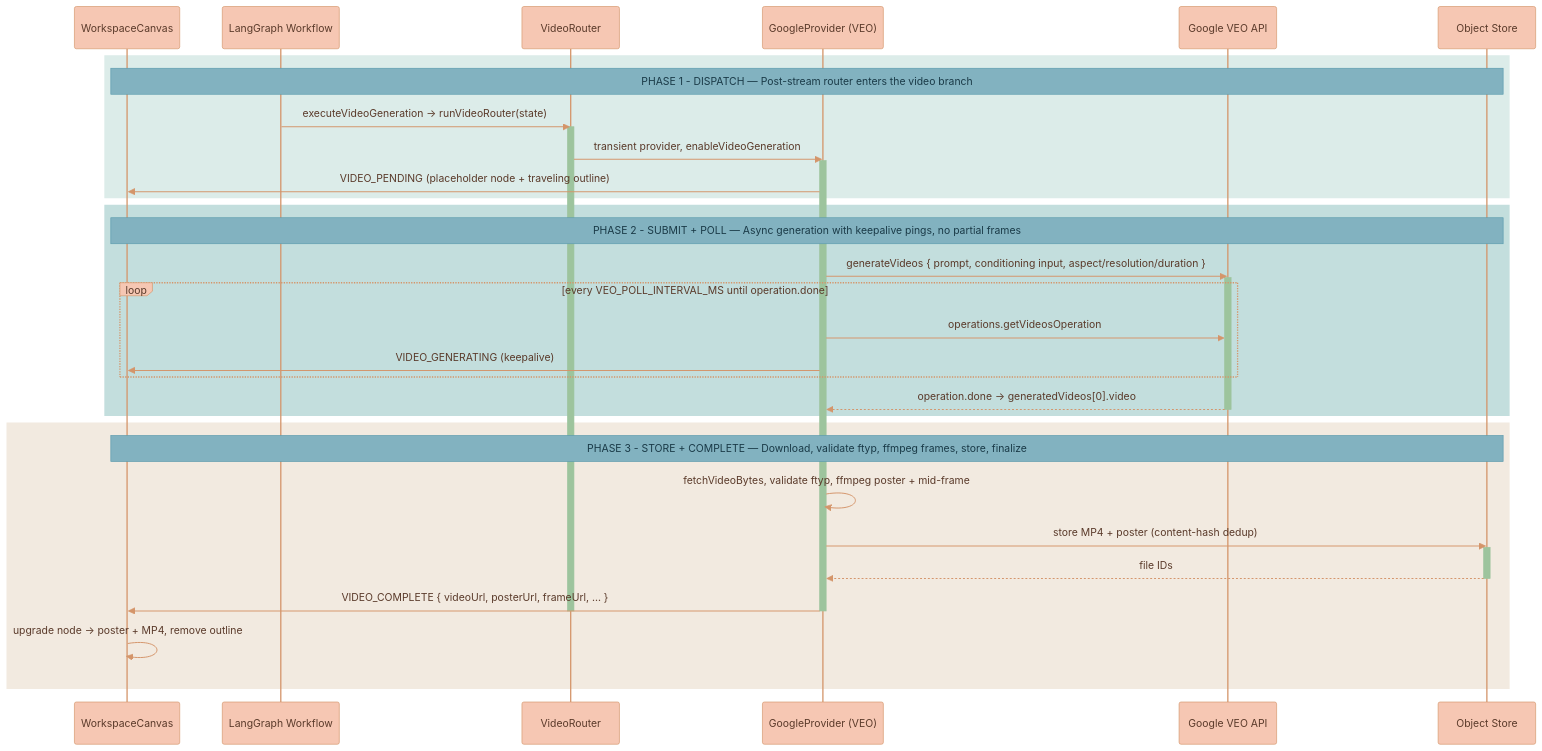
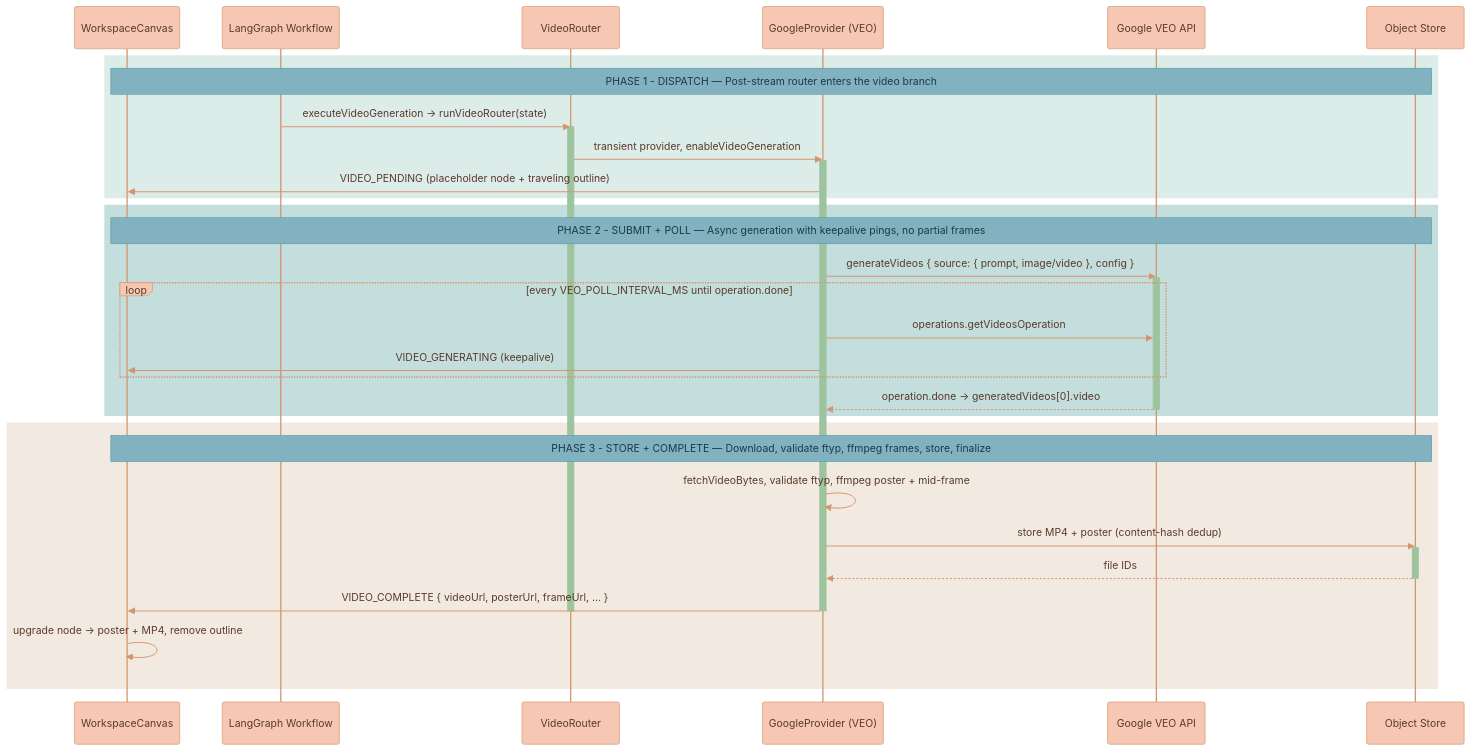
Before and after one commit to Lixpi/lixpi: the second of 2 diagrams in documentation/media-generation/VIDEO-GENERATION.md, drawn with Mermaid. The commit also changed other lines of this file and 138 other files, not shown here.

````diff
--- a/documentation/media-generation/VIDEO-GENERATION.md
+++ b/documentation/media-generation/VIDEO-GENERATION.md
@@ -43,53 +43,53 @@
 ```mermaid
 %%{init: {'theme': 'base', 'themeVariables': { 'noteBkgColor': '#82B2C0', 'noteTextColor': '#1a3a47', 'noteBorderColor': '#5a9aad', 'actorBkg': '#F6C7B3', 'actorBorder': '#d4956a', 'actorTextColor': '#5a3a2a', 'actorLineColor': '#d4956a', 'signalColor': '#d4956a', 'signalTextColor': '#5a3a2a', 'labelBoxBkgColor': '#F6C7B3', 'labelBoxBorderColor': '#d4956a', 'labelTextColor': '#5a3a2a', 'loopTextColor': '#5a3a2a', 'activationBorderColor': '#9DC49D', 'activationBkgColor': '#9DC49D', 'sequenceNumberColor': '#5a3a2a'}}}%%
 sequenceDiagram
     participant Canvas as WorkspaceCanvas
     participant Graph as LangGraph Workflow
     participant Router as VideoRouter
     participant VEO as GoogleProvider (VEO)
     participant VeoApi as Google VEO API
     participant Store as Object Store
 
     %% ═══════════════════════════════════════════════════════════════
     %% PHASE 1: DISPATCH
     %% ═══════════════════════════════════════════════════════════════
     rect rgb(220, 236, 233)
         Note over Canvas, Store: PHASE 1 - DISPATCH — Post-stream router enters the video branch
         Graph->>Router: executeVideoGeneration → runVideoRouter(state)
         activate Router
         Router->>VEO: transient provider, enableVideoGeneration
         activate VEO
         VEO->>Canvas: VIDEO_PENDING (placeholder node + traveling outline)
     end
 
     %% ═══════════════════════════════════════════════════════════════
     %% PHASE 2: SUBMIT + POLL
     %% ═══════════════════════════════════════════════════════════════
     rect rgb(195, 222, 221)
         Note over Canvas, Store: PHASE 2 - SUBMIT + POLL — Async generation with keepalive pings, no partial frames
-        VEO->>VeoApi: generateVideos { prompt, conditioning input, aspect/resolution/duration }
+        VEO->>VeoApi: generateVideos { source: { prompt, image/video }, config }
         activate VeoApi
         loop every VEO_POLL_INTERVAL_MS until operation.done
             VEO->>VeoApi: operations.getVideosOperation
             VEO->>Canvas: VIDEO_GENERATING (keepalive)
         end
         VeoApi-->>VEO: operation.done → generatedVideos[0].video
         deactivate VeoApi
     end
 
     %% ═══════════════════════════════════════════════════════════════
     %% PHASE 3: STORE + COMPLETE
     %% ═══════════════════════════════════════════════════════════════
     rect rgb(242, 234, 224)
         Note over Canvas, Store: PHASE 3 - STORE + COMPLETE — Download, validate ftyp, ffmpeg frames, store, finalize
         VEO->>VEO: fetchVideoBytes, validate ftyp, ffmpeg poster + mid-frame
         VEO->>Store: store MP4 + poster (content-hash dedup)
         activate Store
         Store-->>VEO: file IDs
         deactivate Store
         VEO->>Canvas: VIDEO_COMPLETE { videoUrl, posterUrl, frameUrl, … }
         deactivate VEO
         deactivate Router
         Canvas->>Canvas: upgrade node → poster + MP4, remove outline
     end
 ```
````
